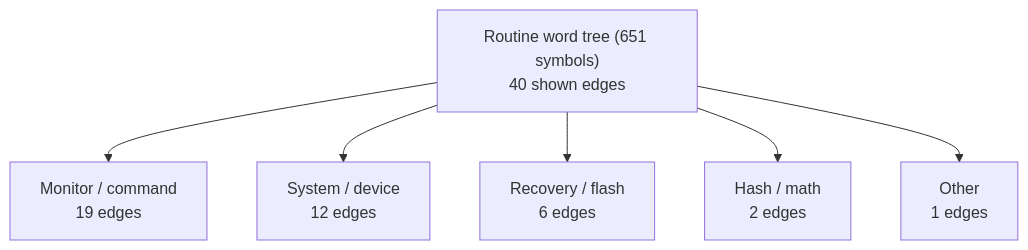
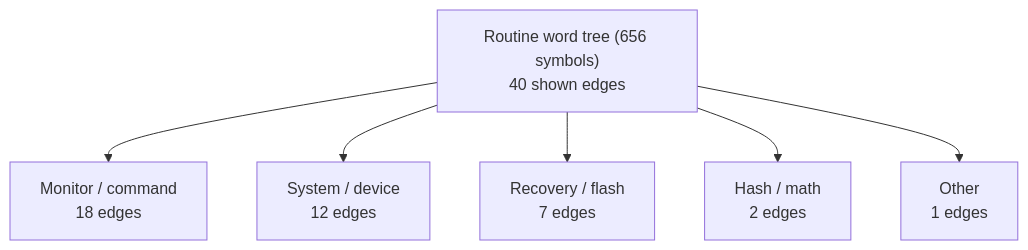
Before and after one commit to 95westus/R-YORS: the first of 7 diagrams in DOC/GENERATED/ROUTINE_WORD_TREE.md, drawn with Mermaid. The commit also changed other lines of this file and 59 other files, not shown here.

````diff
--- a/DOC/GENERATED/ROUTINE_WORD_TREE.md
+++ b/DOC/GENERATED/ROUTINE_WORD_TREE.md
@@ -16,8 +16,8 @@
 ```mermaid
 flowchart TD
-    MAP_ROOT_ROUTINE_WORD_TREE__651_SYMBOLS_["Routine word tree (651 symbols)<br/>40 shown edges"] --> MAP_FAMILY_MONITOR___COMMAND["Monitor / command<br/>19 edges"]
-    MAP_ROOT_ROUTINE_WORD_TREE__651_SYMBOLS_["Routine word tree (651 symbols)<br/>40 shown edges"] --> MAP_FAMILY_SYSTEM___DEVICE["System / device<br/>12 edges"]
-    MAP_ROOT_ROUTINE_WORD_TREE__651_SYMBOLS_["Routine word tree (651 symbols)<br/>40 shown edges"] --> MAP_FAMILY_RECOVERY___FLASH["Recovery / flash<br/>6 edges"]
-    MAP_ROOT_ROUTINE_WORD_TREE__651_SYMBOLS_["Routine word tree (651 symbols)<br/>40 shown edges"] --> MAP_FAMILY_HASH___MATH["Hash / math<br/>2 edges"]
-    MAP_ROOT_ROUTINE_WORD_TREE__651_SYMBOLS_["Routine word tree (651 symbols)<br/>40 shown edges"] --> MAP_FAMILY_OTHER["Other<br/>1 edges"]
+    MAP_ROOT_ROUTINE_WORD_TREE__656_SYMBOLS_["Routine word tree (656 symbols)<br/>40 shown edges"] --> MAP_FAMILY_MONITOR___COMMAND["Monitor / command<br/>18 edges"]
+    MAP_ROOT_ROUTINE_WORD_TREE__656_SYMBOLS_["Routine word tree (656 symbols)<br/>40 shown edges"] --> MAP_FAMILY_SYSTEM___DEVICE["System / device<br/>12 edges"]
+    MAP_ROOT_ROUTINE_WORD_TREE__656_SYMBOLS_["Routine word tree (656 symbols)<br/>40 shown edges"] --> MAP_FAMILY_RECOVERY___FLASH["Recovery / flash<br/>7 edges"]
+    MAP_ROOT_ROUTINE_WORD_TREE__656_SYMBOLS_["Routine word tree (656 symbols)<br/>40 shown edges"] --> MAP_FAMILY_HASH___MATH["Hash / math<br/>2 edges"]
+    MAP_ROOT_ROUTINE_WORD_TREE__656_SYMBOLS_["Routine word tree (656 symbols)<br/>40 shown edges"] --> MAP_FAMILY_OTHER["Other<br/>1 edges"]
 ```
````
